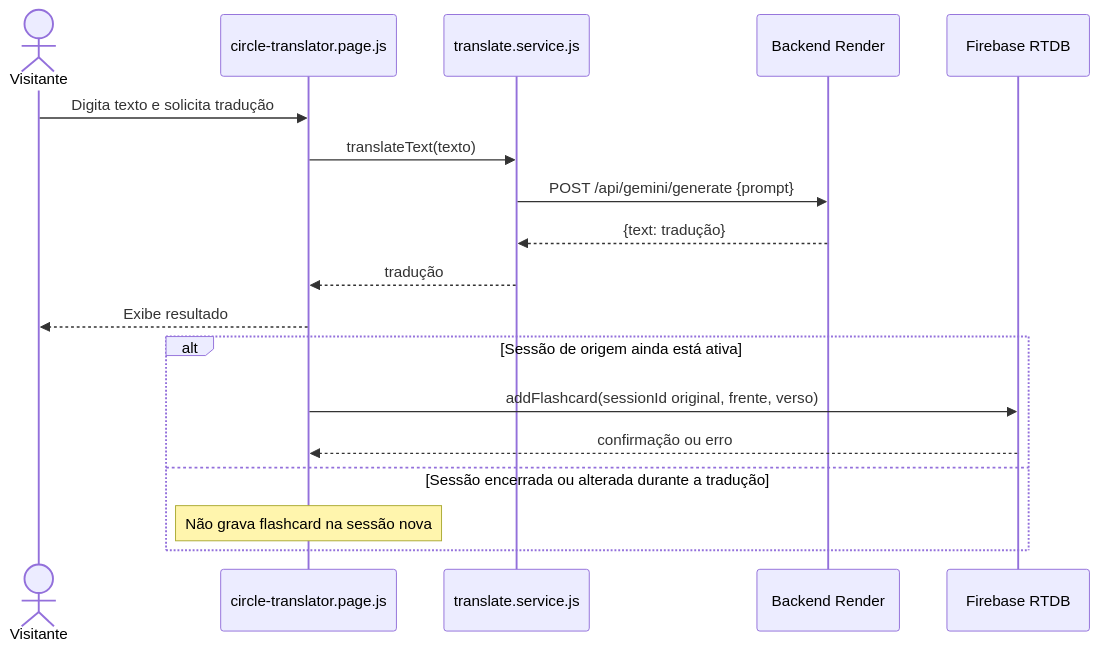
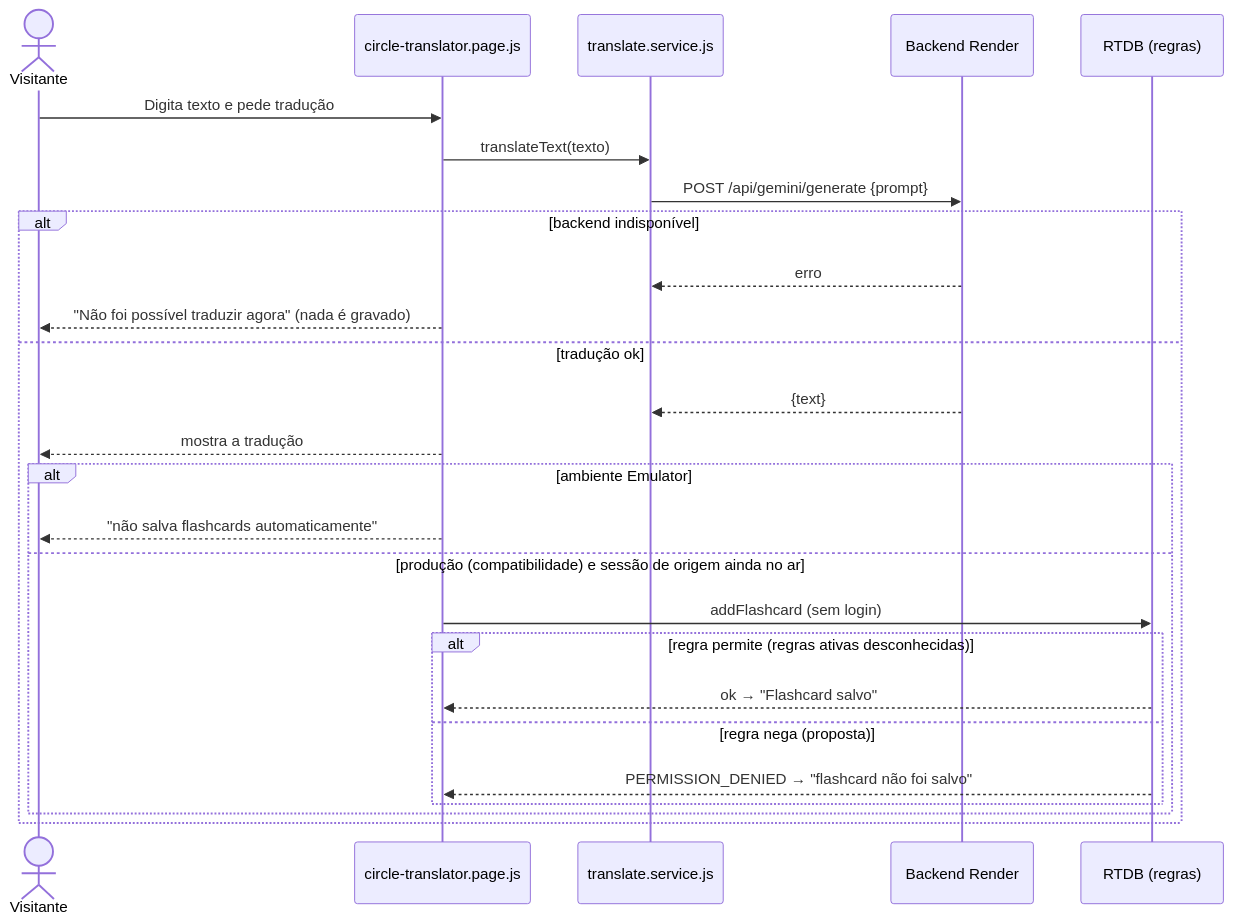
Before and after one commit to Lucas-Sperotto/fluencircle-website: the fourth of 14 diagrams in docs/diagramas/DIAGRAMAS.md, drawn with Mermaid. The commit also changed other lines of this file and 3 other files, not shown here.

First line of the commit message:
docs(engenharia): add access matrix, refresh AS-IS/TO-BE diagrams and requirement traceability

````diff
--- a/docs/diagramas/DIAGRAMAS.md
+++ b/docs/diagramas/DIAGRAMAS.md
@@ -98,20 +123,28 @@
 ```mermaid
 sequenceDiagram
     actor V as Visitante
     participant C as circle-translator.page.js
     participant T as translate.service.js
     participant API as Backend Render
-    participant DB as Firebase RTDB
-    V->>C: Digita texto e solicita tradução
+    participant DB as RTDB (regras)
+    V->>C: Digita texto e pede tradução
     C->>T: translateText(texto)
     T->>API: POST /api/gemini/generate {prompt}
-    API-->>T: {text: tradução}
-    T-->>C: tradução
-    C-->>V: Exibe resultado
-    alt Sessão de origem ainda está ativa
-        C->>DB: addFlashcard(sessionId original, frente, verso)
-        DB-->>C: confirmação ou erro
-    else Sessão encerrada ou alterada durante a tradução
-        Note over C: Não grava flashcard na sessão nova
+    alt backend indisponível
+        API-->>T: erro
+        C-->>V: "Não foi possível traduzir agora" (nada é gravado)
+    else tradução ok
+        API-->>T: {text}
+        C-->>V: mostra a tradução
+        alt ambiente Emulator
+            C-->>V: "não salva flashcards automaticamente"
+        else produção (compatibilidade) e sessão de origem ainda no ar
+            C->>DB: addFlashcard (sem login)
+            alt regra permite (regras ativas desconhecidas)
+                DB-->>C: ok → "Flashcard salvo"
+            else regra nega (proposta)
+                DB-->>C: PERMISSION_DENIED → "flashcard não foi salvo"
+            end
+        end
     end
 ```
````
